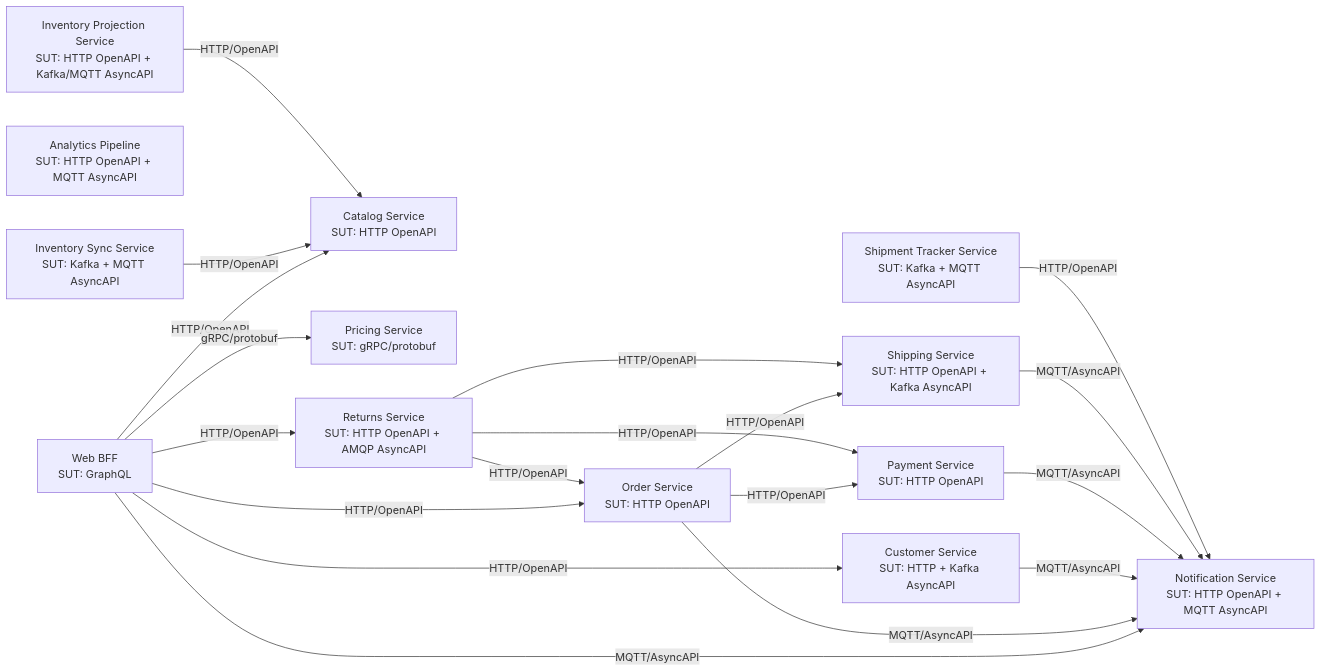
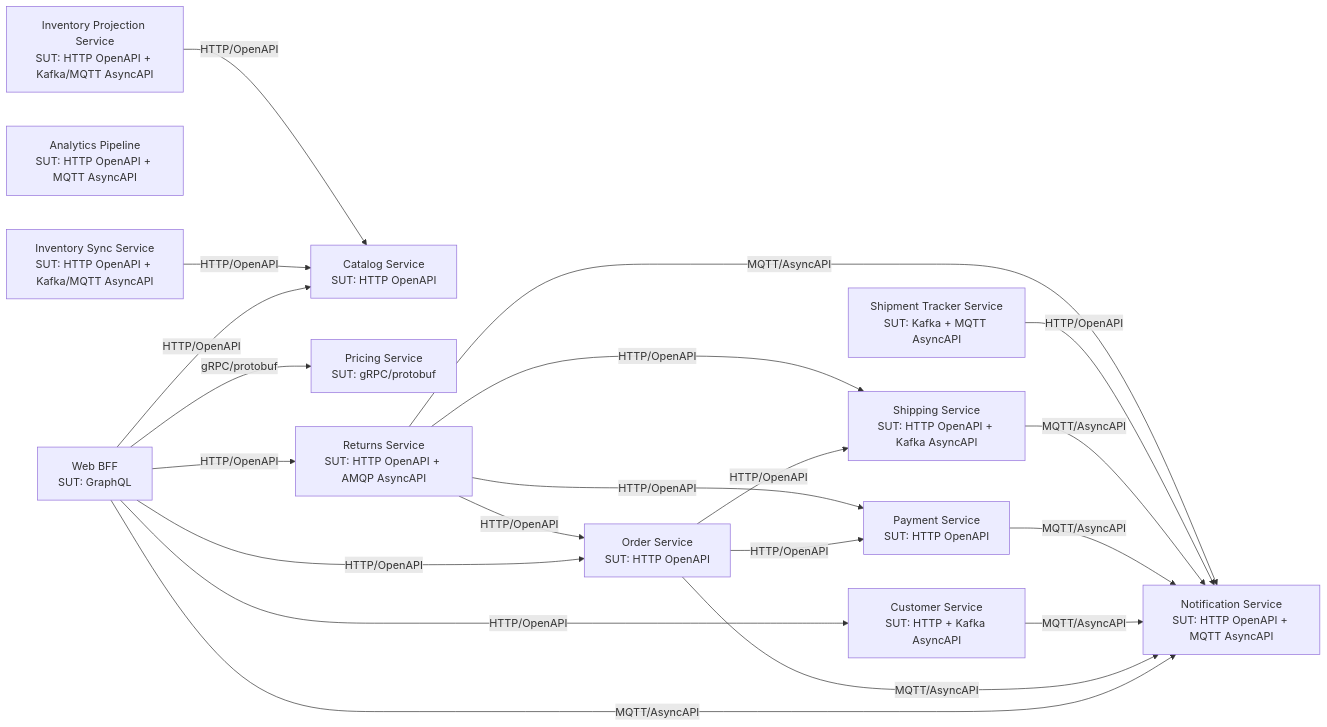
The diagram in service-architecture.md (specmatic-demo/.github), drawn with Mermaid before and after one commit. The commit also changed other lines of this file, not shown here.

Commit message:
sync architecture doc with specmatic wiring

````diff
--- a/service-architecture.md
+++ b/service-architecture.md
@@ -7,37 +7,38 @@
 ```mermaid
 flowchart LR
   WBFF["Web BFF<br/>SUT: GraphQL"]
   CUST["Customer Service<br/>SUT: HTTP + Kafka AsyncAPI"]
   CATA["Catalog Service<br/>SUT: HTTP OpenAPI"]
   ORD["Order Service<br/>SUT: HTTP OpenAPI"]
   PAY["Payment Service<br/>SUT: HTTP OpenAPI"]
   SHIP["Shipping Service<br/>SUT: HTTP OpenAPI + Kafka AsyncAPI"]
   PRICE["Pricing Service<br/>SUT: gRPC/protobuf"]
   NOTIF["Notification Service<br/>SUT: HTTP OpenAPI + MQTT AsyncAPI"]
   ANALYTICS["Analytics Pipeline<br/>SUT: HTTP OpenAPI + MQTT AsyncAPI"]
-  INVSYNC["Inventory Sync Service<br/>SUT: Kafka + MQTT AsyncAPI"]
+  INVSYNC["Inventory Sync Service<br/>SUT: HTTP OpenAPI + Kafka/MQTT AsyncAPI"]
   SHPTRK["Shipment Tracker Service<br/>SUT: Kafka + MQTT AsyncAPI"]
   RET["Returns Service<br/>SUT: HTTP OpenAPI + AMQP AsyncAPI"]
   INVPROJ["Inventory Projection Service<br/>SUT: HTTP OpenAPI + Kafka/MQTT AsyncAPI"]
 
   WBFF -->|"HTTP/OpenAPI"| CUST
   WBFF -->|"HTTP/OpenAPI"| CATA
   WBFF -->|"HTTP/OpenAPI"| ORD
   WBFF -->|"HTTP/OpenAPI"| RET
   WBFF -->|"gRPC/protobuf"| PRICE
   WBFF -->|"MQTT/AsyncAPI"| NOTIF
 
   ORD -->|"HTTP/OpenAPI"| PAY
   ORD -->|"HTTP/OpenAPI"| SHIP
   ORD -->|"MQTT/AsyncAPI"| NOTIF
 
   CUST -->|"MQTT/AsyncAPI"| NOTIF
   PAY -->|"MQTT/AsyncAPI"| NOTIF
   SHIP -->|"MQTT/AsyncAPI"| NOTIF
   INVSYNC -->|"HTTP/OpenAPI"| CATA
   SHPTRK -->|"HTTP/OpenAPI"| NOTIF
   RET -->|"HTTP/OpenAPI"| ORD
   RET -->|"HTTP/OpenAPI"| PAY
   RET -->|"HTTP/OpenAPI"| SHIP
+  RET -->|"MQTT/AsyncAPI"| NOTIF
   INVPROJ -->|"HTTP/OpenAPI"| CATA
 ```
````
